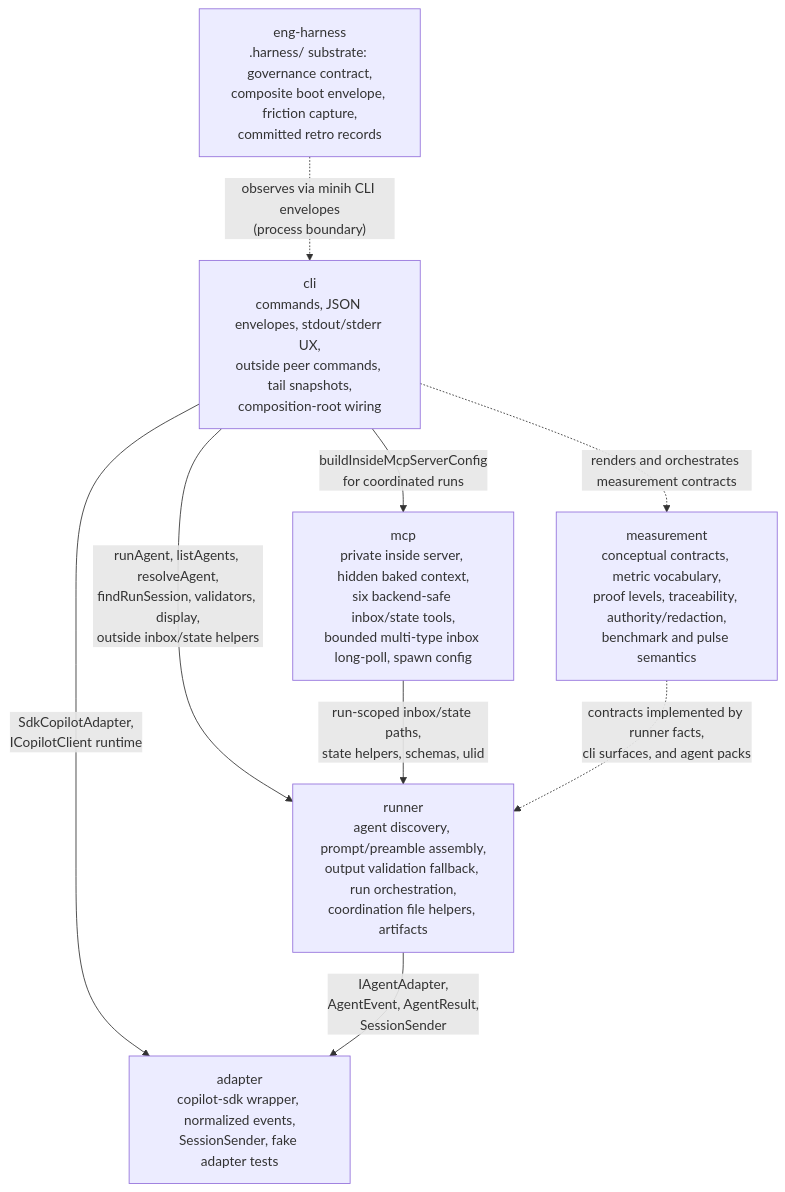
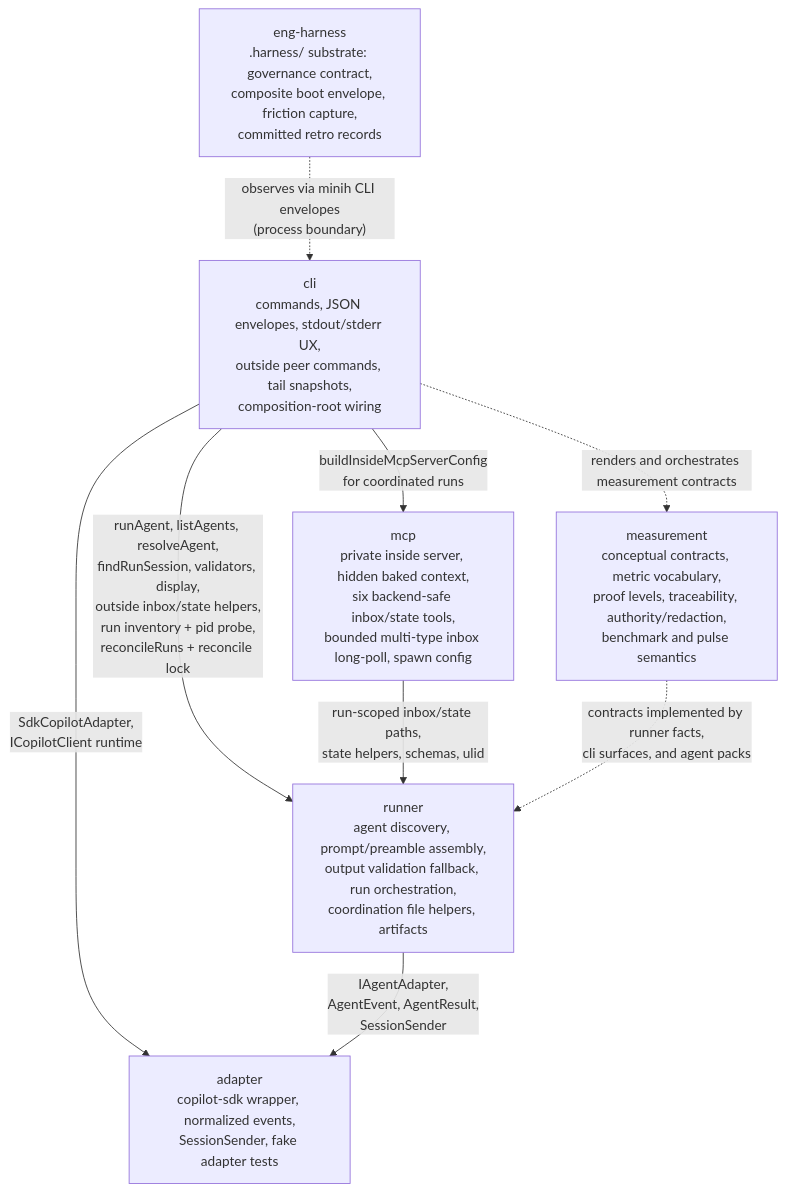
One commit to AI-Substrate/minih changed the diagram in docs/domains/domain-map.md. Above: the diagram before and after it, drawn with Mermaid. The commit also changed other lines of this file and 55 other files, not shown here.

First line of the commit message:
feat: dead-pid liveness — terminal verdict 'dead', stream-abort diagnosis, minih reconcile (closes #24) (#45)

````diff
--- a/docs/domains/domain-map.md
+++ b/docs/domains/domain-map.md
@@ -3,18 +3,18 @@
 ```mermaid
 flowchart TD
     cli["cli<br/>commands, JSON envelopes, stdout/stderr UX,<br/>outside peer commands, tail snapshots,<br/>composition-root wiring"]
     runner["runner<br/>agent discovery, prompt/preamble assembly,<br/>output validation fallback, run orchestration,<br/>coordination file helpers, artifacts"]
     mcp["mcp<br/>private inside server, hidden baked context,<br/>six backend-safe inbox/state tools,<br/>bounded multi-type inbox long-poll, spawn config"]
     adapter["adapter<br/>copilot-sdk wrapper, normalized events,<br/>SessionSender, fake adapter tests"]
     measurement["measurement<br/>conceptual contracts, metric vocabulary,<br/>proof levels, traceability, authority/redaction,<br/>benchmark and pulse semantics"]
     eng_harness["eng-harness<br/>.harness/ substrate: governance contract,<br/>composite boot envelope, friction capture,<br/>committed retro records"]
 
-    cli -- "runAgent, listAgents, resolveAgent,<br/>findRunSession, validators, display,<br/>outside inbox/state helpers" --> runner
+    cli -- "runAgent, listAgents, resolveAgent,<br/>findRunSession, validators, display,<br/>outside inbox/state helpers,<br/>run inventory + pid probe,<br/>reconcileRuns + reconcile lock" --> runner
     cli -- "buildInsideMcpServerConfig<br/>for coordinated runs" --> mcp
     cli -- "SdkCopilotAdapter,<br/>ICopilotClient runtime" --> adapter
     mcp -- "run-scoped inbox/state paths,<br/>state helpers, schemas, ulid" --> runner
     runner -- "IAgentAdapter,<br/>AgentEvent, AgentResult,<br/>SessionSender" --> adapter
     measurement -. "contracts implemented by runner facts,<br/>cli surfaces, and agent packs" .-> runner
     cli -. "renders and orchestrates measurement contracts" .-> measurement
     eng_harness -. "observes via minih CLI envelopes<br/>(process boundary)" .-> cli
 ```
````
